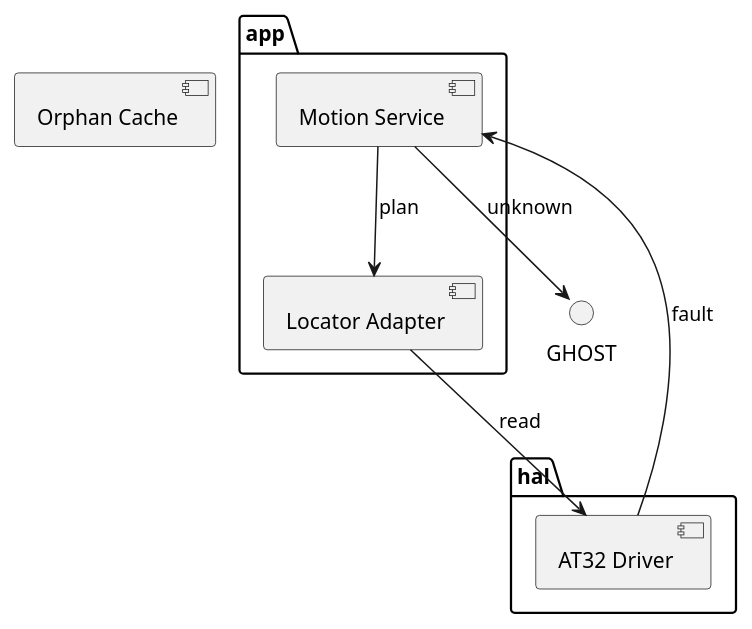
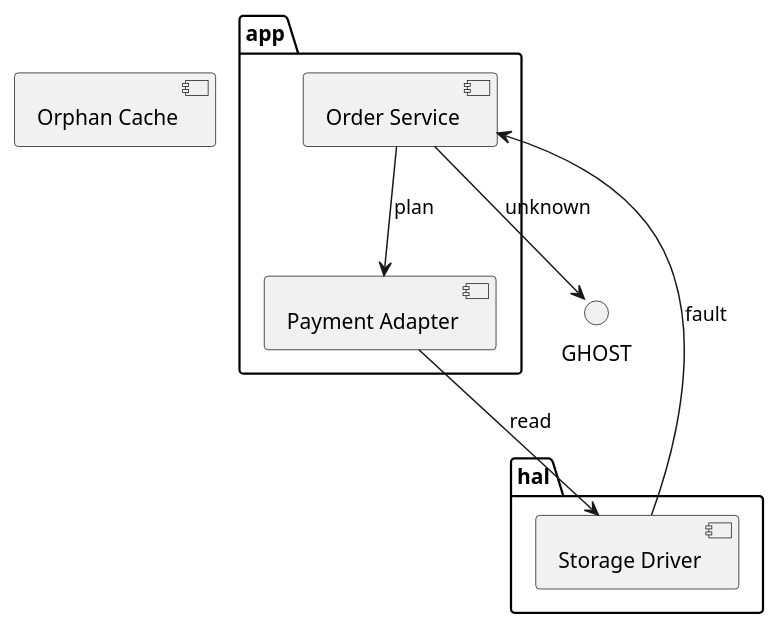
One commit to AmethystLuna/logicprobe changed the diagram in skills/logicprobe-structure/references/structure-review-guide.md. Above: the diagram before and after it, drawn with PlantUML. The commit also changed other lines of this file and 17 other files, not shown here.

````diff
--- a/skills/logicprobe-structure/references/structure-review-guide.md
+++ b/skills/logicprobe-structure/references/structure-review-guide.md
@@ -70,16 +70,16 @@
 ```plantuml
 @startuml
 package "app" {
-  component [Motion Service] as MS
-  component [Locator Adapter] as LA
+  component [Order Service] as SVC
+  component [Payment Adapter] as PAY
 }
 package "hal" {
-  component [AT32 Driver] as DRV
+  component [Storage Driver] as DRV
 }
 component [Orphan Cache] as CACHE
-MS --> LA : plan
-LA --> DRV : read
-DRV --> MS : fault
-MS --> GHOST : unknown
+SVC --> PAY : plan
+PAY --> DRV : read
+DRV --> SVC : fault
+SVC --> GHOST : unknown
 @enduml
 ```
````
